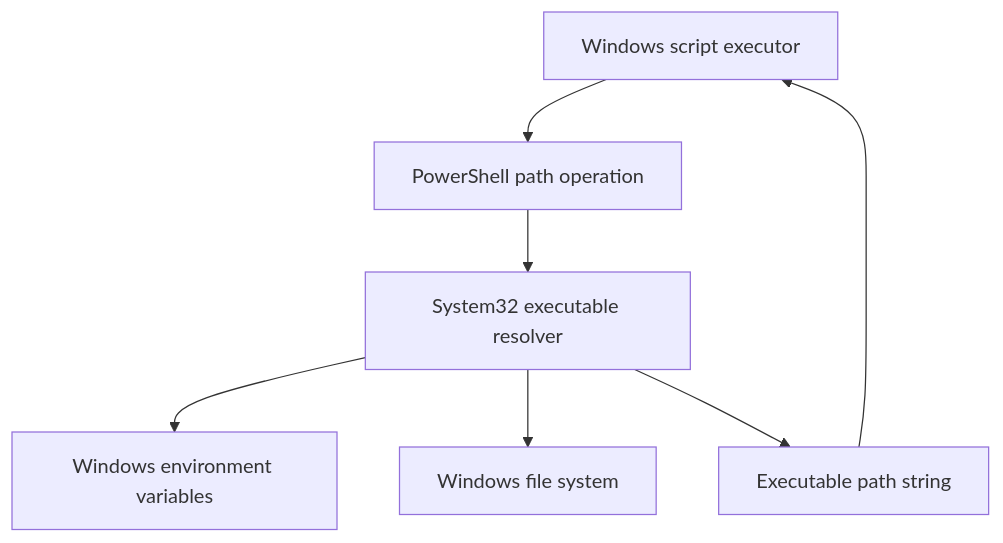
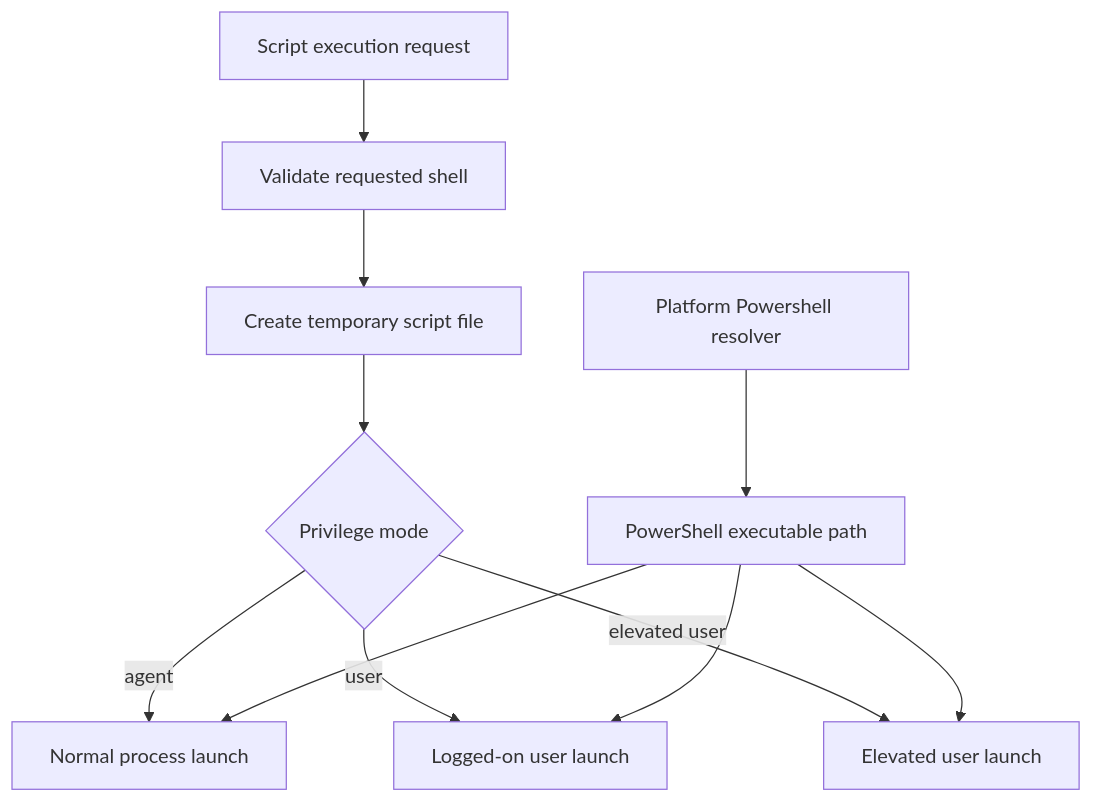
One commit to flamingo-stack/openframe-oss-tenant changed the fourth of 4 diagrams in docs/reference/architecture/openframe-client-core/platform-powershell/platform-powershell.md. Above: the diagram before and after it, drawn with Mermaid. The commit also changed other lines of this file and 2377 other files, not shown here.

````diff
--- a/docs/reference/architecture/openframe-client-core/platform-powershell/platform-powershell.md
+++ b/docs/reference/architecture/openframe-client-core/platform-powershell/platform-powershell.md
@@ -72,9 +110,13 @@
 ```mermaid
 flowchart TD
-    ScriptRunner["Windows script executor"] --> PathOperation["PowerShell path operation"]
-    PathOperation --> SystemResolver["System32 executable resolver"]
-    SystemResolver --> WindowsEnv["Windows environment variables"]
-    SystemResolver --> LocalDisk["Windows file system"]
-    SystemResolver --> Result["Executable path string"]
-    Result --> ScriptRunner
+    Request["Script execution request"] --> Validate["Validate requested shell"]
+    Validate --> Temp["Create temporary script file"]
+    Temp --> Privilege{"Privilege mode"}
+    Privilege -->|"agent"| Normal["Normal process launch"]
+    Privilege -->|"user"| UserLaunch["Logged-on user launch"]
+    Privilege -->|"elevated user"| ElevatedLaunch["Elevated user launch"]
+    Resolver["Platform Powershell resolver"] --> InterpreterPath["PowerShell executable path"]
+    InterpreterPath --> Normal
+    InterpreterPath --> UserLaunch
+    InterpreterPath --> ElevatedLaunch
 ```
````
